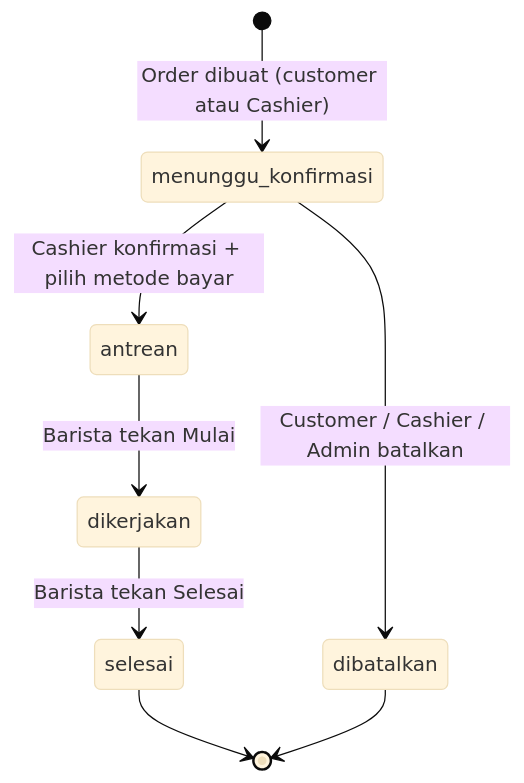
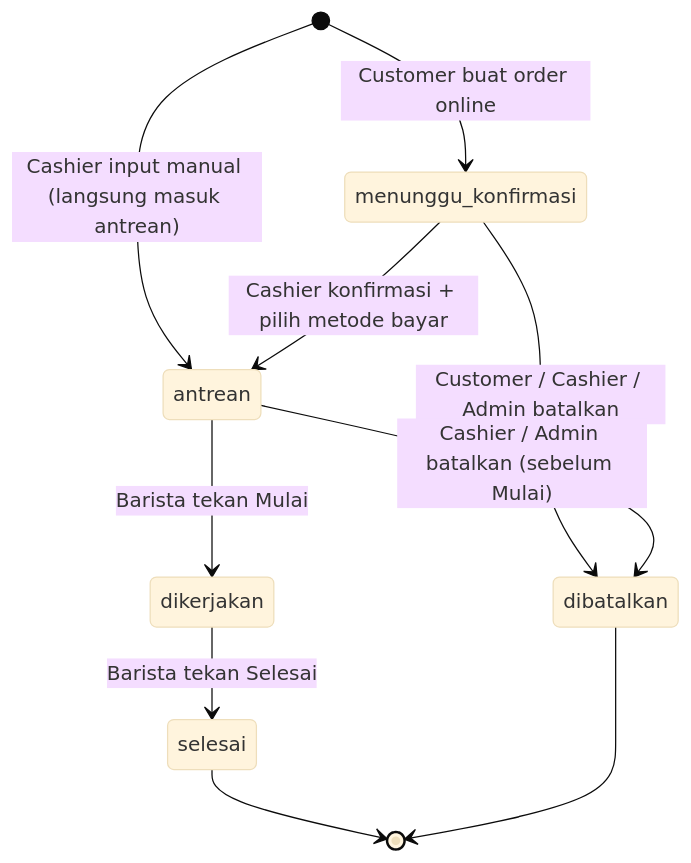
Before and after one commit to theodorecoffee29/website-theodorecoffee: the diagram in docs/Order-flow.md, drawn with Mermaid (base theme). The commit also changed other lines of this file and 6 other files, not shown here.

````diff
--- a/docs/Order-flow.md
+++ b/docs/Order-flow.md
@@ -17,10 +17,12 @@
 ```mermaid
 stateDiagram-v2
-    [*] --> menunggu_konfirmasi: Order dibuat (customer atau Cashier)
+    [*] --> menunggu_konfirmasi: Customer buat order online
+    [*] --> antrean: Cashier input manual (langsung masuk antrean)
     menunggu_konfirmasi --> antrean: Cashier konfirmasi + pilih metode bayar
     menunggu_konfirmasi --> dibatalkan: Customer / Cashier / Admin batalkan
     antrean --> dikerjakan: Barista tekan Mulai
+    antrean --> dibatalkan: Cashier / Admin batalkan (sebelum Mulai)
     dikerjakan --> selesai: Barista tekan Selesai
     selesai --> [*]
     dibatalkan --> [*]
 ```
````
